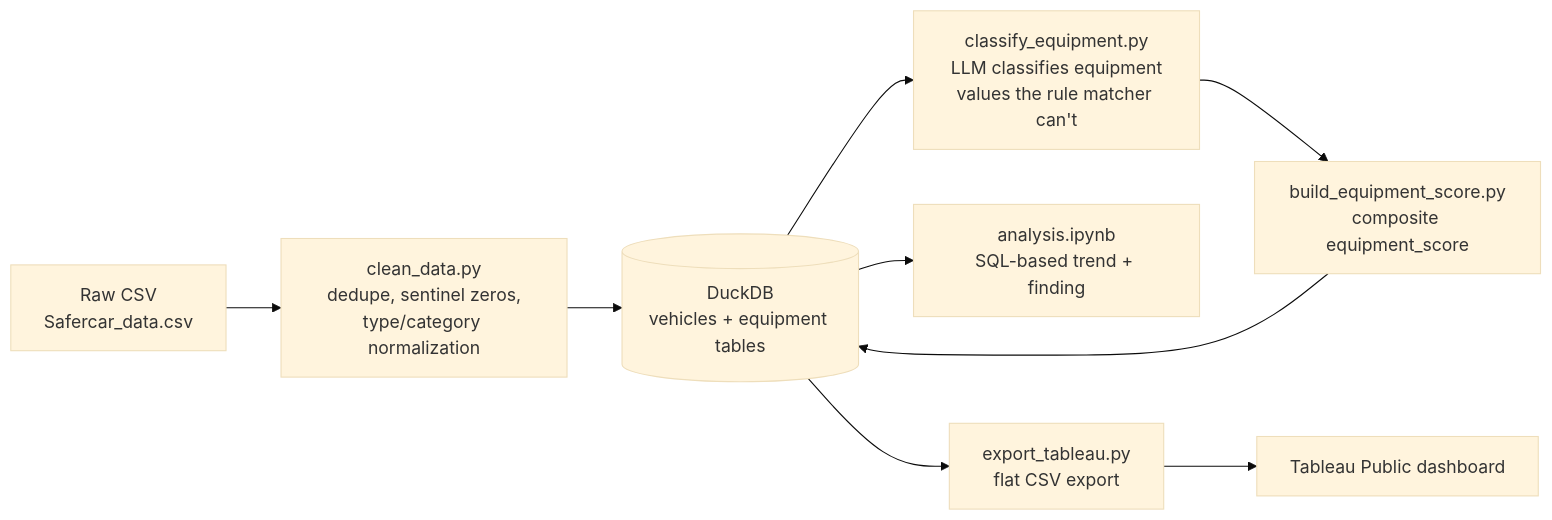
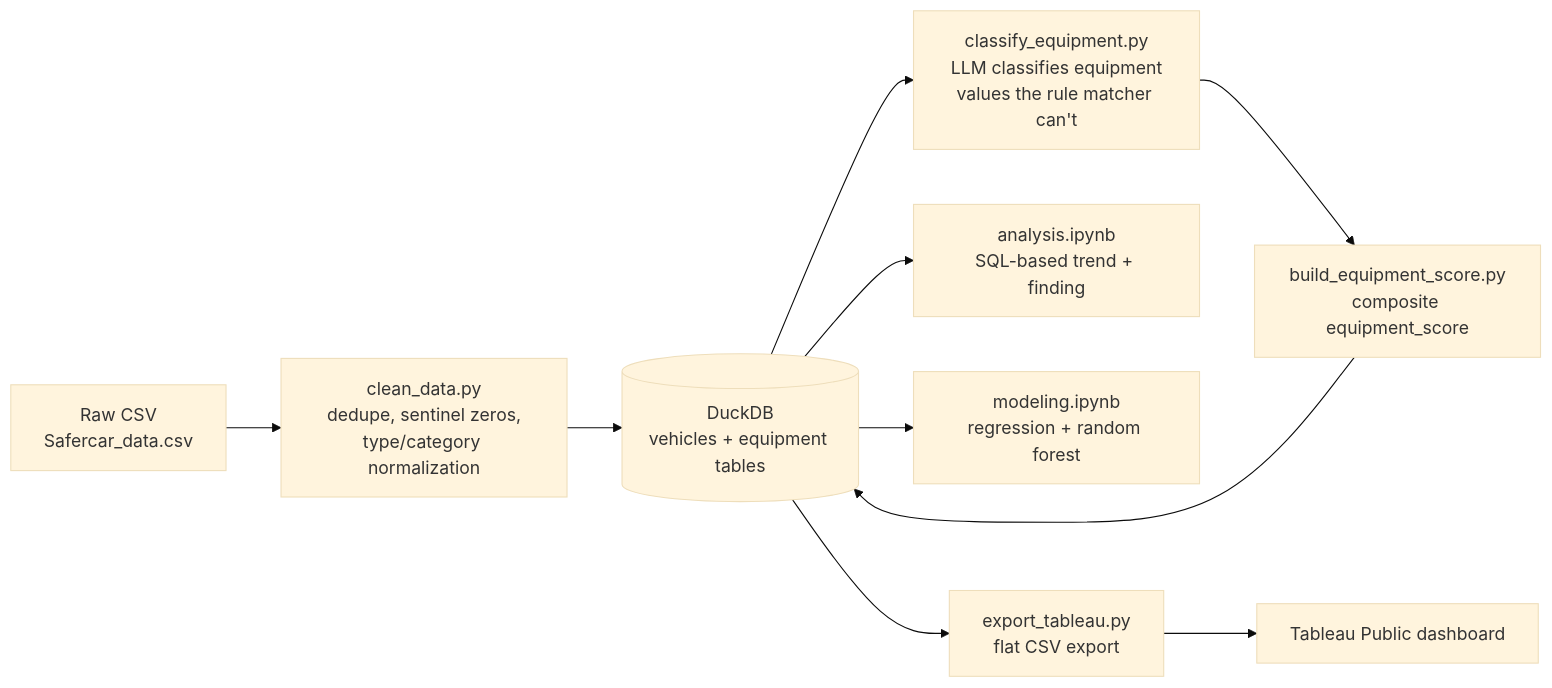
Before and after one commit to ericjjung22/NHTSA-Vehicle-Safety: the diagram in README.md, drawn with Mermaid (base theme). The commit also changed other lines of this file and 7 other files, not shown here.

First line of the commit message:
Address review feedback: modeling, chart consistency, reproducibility

````diff
--- a/README.md
+++ b/README.md
@@ -9,11 +9,12 @@
 ```mermaid
 flowchart LR
     A[Raw CSV<br/>Safercar_data.csv] --> B[clean_data.py<br/>dedupe, sentinel zeros,<br/>type/category normalization]
     B --> C[(DuckDB<br/>vehicles + equipment tables)]
     C --> D[classify_equipment.py<br/>LLM classifies equipment<br/>values the rule matcher can't]
     D --> E[build_equipment_score.py<br/>composite equipment_score]
     E --> C
     C --> F[analysis.ipynb<br/>SQL-based trend + finding]
+    C --> M[modeling.ipynb<br/>regression + random forest]
     C --> G[export_tableau.py<br/>flat CSV export]
     G --> H[Tableau Public dashboard]
 ```
````
